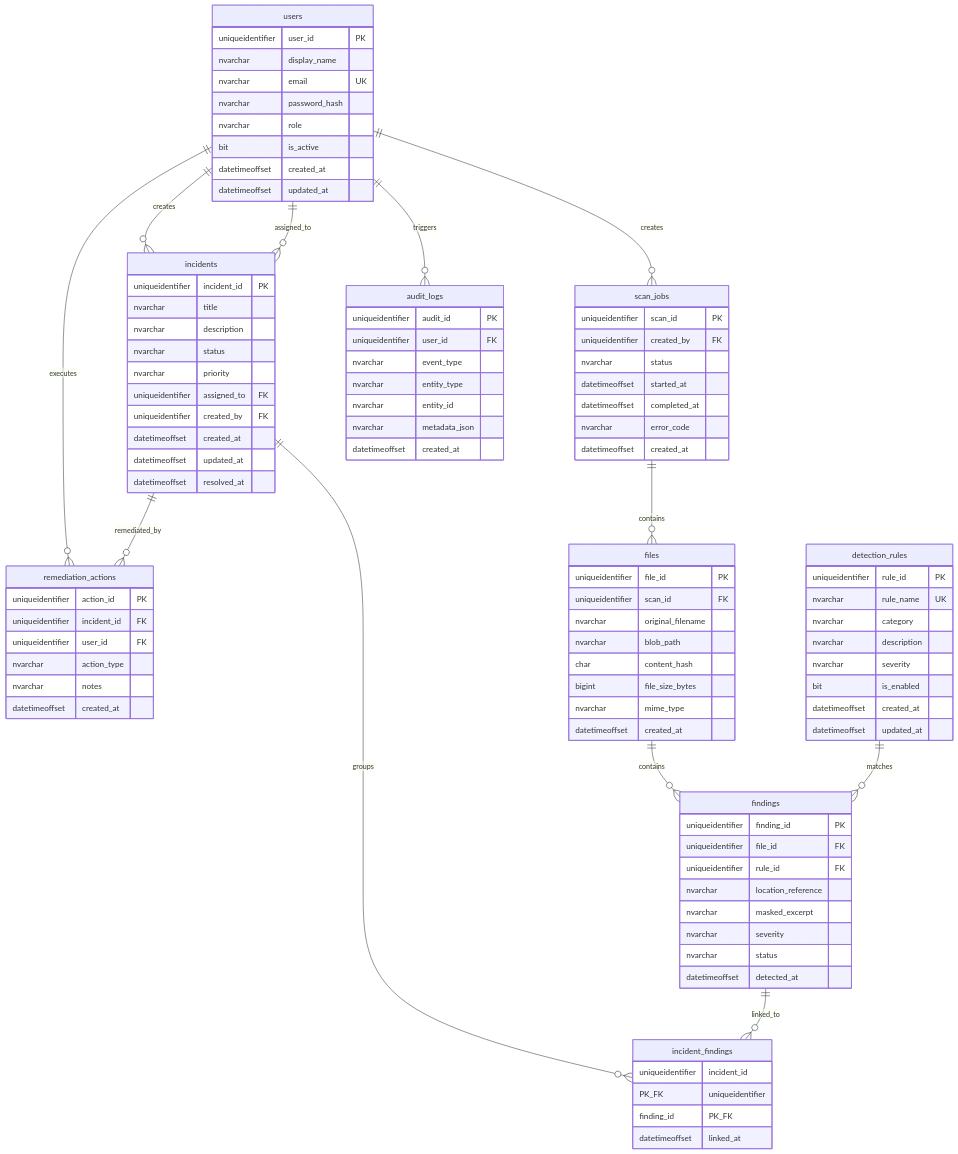
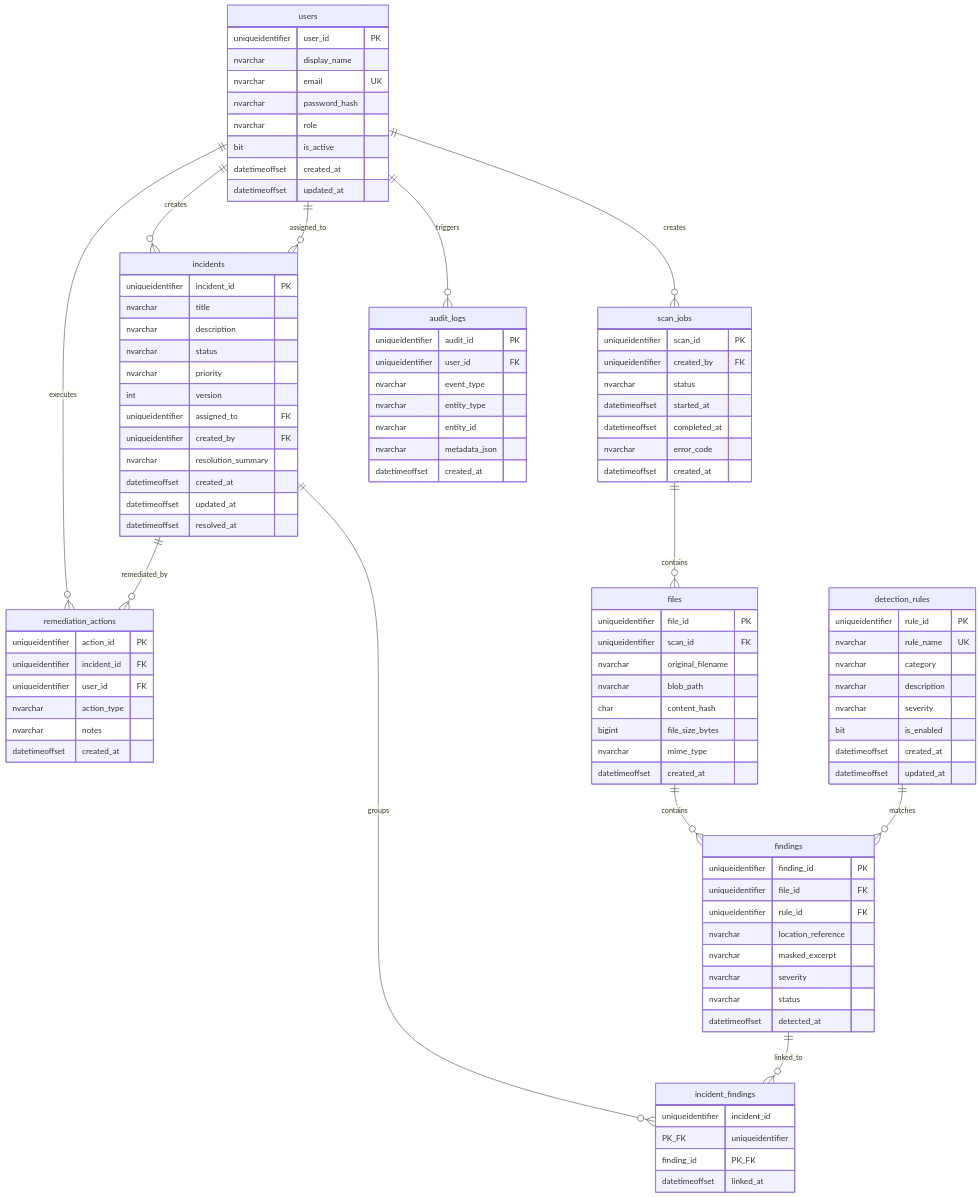
Before and after one commit to Amankumarx1/Leaklens: the diagram in docs/er-diagram.mmd, drawn with Mermaid. The commit also changed 30 other files, not shown here.

```diff
--- a/docs/er-diagram.mmd
+++ b/docs/er-diagram.mmd
@@ -1,107 +1,109 @@
 erDiagram
     users ||--o{ scan_jobs : "creates"
     users ||--o{ incidents : "creates"
     users ||--o{ incidents : "assigned_to"
     users ||--o{ remediation_actions : "executes"
     users ||--o{ audit_logs : "triggers"
 
     scan_jobs ||--o{ files : "contains"
     files ||--o{ findings : "contains"
     detection_rules ||--o{ findings : "matches"
 
     incidents ||--o{ incident_findings : "groups"
     findings ||--o{ incident_findings : "linked_to"
 
     incidents ||--o{ remediation_actions : "remediated_by"
 
     users {
         uniqueidentifier user_id PK
         nvarchar display_name
         nvarchar email UK
         nvarchar password_hash
         nvarchar role
         bit is_active
         datetimeoffset created_at
         datetimeoffset updated_at
     }
 
     scan_jobs {
         uniqueidentifier scan_id PK
         uniqueidentifier created_by FK
         nvarchar status
         datetimeoffset started_at
         datetimeoffset completed_at
         nvarchar error_code
         datetimeoffset created_at
     }
 
     files {
         uniqueidentifier file_id PK
         uniqueidentifier scan_id FK
         nvarchar original_filename
         nvarchar blob_path
         char content_hash
         bigint file_size_bytes
         nvarchar mime_type
         datetimeoffset created_at
     }
 
     detection_rules {
         uniqueidentifier rule_id PK
         nvarchar rule_name UK
         nvarchar category
         nvarchar description
         nvarchar severity
         bit is_enabled
         datetimeoffset created_at
         datetimeoffset updated_at
     }
 
     findings {
         uniqueidentifier finding_id PK
         uniqueidentifier file_id FK
         uniqueidentifier rule_id FK
         nvarchar location_reference
         nvarchar masked_excerpt
         nvarchar severity
         nvarchar status
         datetimeoffset detected_at
     }
 
     incidents {
         uniqueidentifier incident_id PK
         nvarchar title
         nvarchar description
         nvarchar status
         nvarchar priority
+        int version
         uniqueidentifier assigned_to FK
         uniqueidentifier created_by FK
+        nvarchar resolution_summary
         datetimeoffset created_at
         datetimeoffset updated_at
         datetimeoffset resolved_at
     }
 
     incident_findings {
         uniqueidentifier incident_id PK_FK
         uniqueidentifier finding_id PK_FK
         datetimeoffset linked_at
     }
 
     remediation_actions {
         uniqueidentifier action_id PK
         uniqueidentifier incident_id FK
         uniqueidentifier user_id FK
         nvarchar action_type
         nvarchar notes
         datetimeoffset created_at
     }
 
     audit_logs {
         uniqueidentifier audit_id PK
         uniqueidentifier user_id FK
         nvarchar event_type
         nvarchar entity_type
         nvarchar entity_id
         nvarchar metadata_json
         datetimeoffset created_at
     }
```
